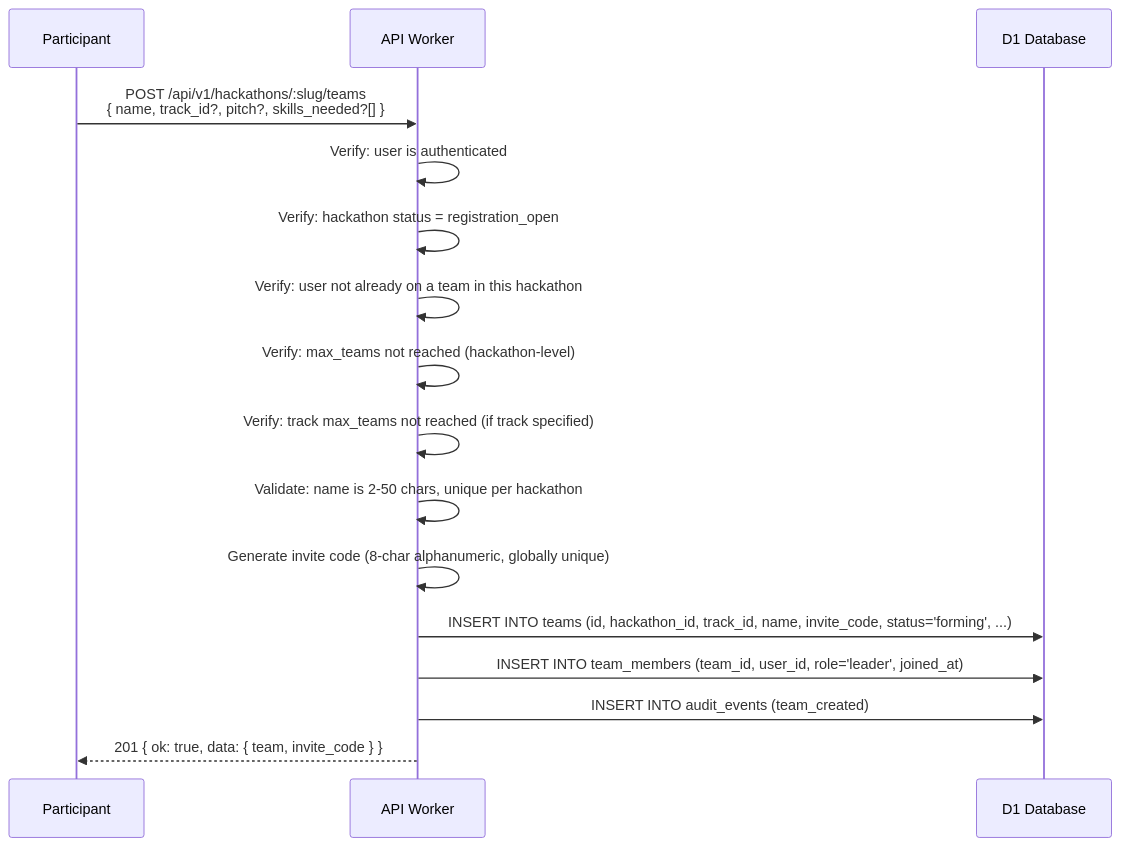
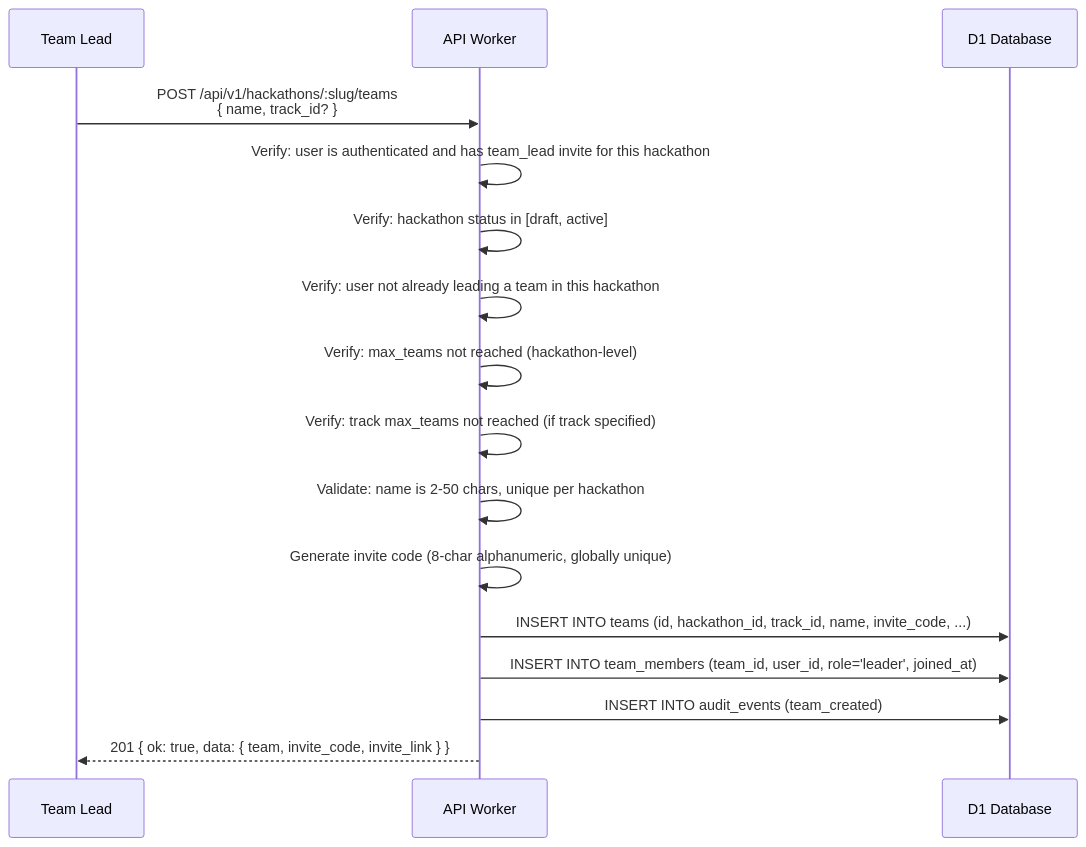
Before and after one commit to devangshupandey2025-stack/DevSage: the second of 11 diagrams in docs/v3/planned/team-management.md, drawn with Mermaid. The commit also changed other lines of this file, not shown here.

First line of the commit message:
docs(teams): switch to invite-only model, remove discovery and skills

````diff
--- a/docs/v3/planned/team-management.md
+++ b/docs/v3/planned/team-management.md
@@ -73,20 +67,20 @@
 ```mermaid
 sequenceDiagram
-    participant U as Participant
+    participant U as Team Lead
     participant W as API Worker
     participant D1 as D1 Database
 
-    U->>W: POST /api/v1/hackathons/:slug/teams<br/>{ name, track_id?, pitch?, skills_needed?[] }
-    W->>W: Verify: user is authenticated
-    W->>W: Verify: hackathon status = registration_open
-    W->>W: Verify: user not already on a team in this hackathon
+    U->>W: POST /api/v1/hackathons/:slug/teams<br/>{ name, track_id? }
+    W->>W: Verify: user is authenticated and has team_lead invite for this hackathon
+    W->>W: Verify: hackathon status in [draft, active]
+    W->>W: Verify: user not already leading a team in this hackathon
     W->>W: Verify: max_teams not reached (hackathon-level)
     W->>W: Verify: track max_teams not reached (if track specified)
     W->>W: Validate: name is 2-50 chars, unique per hackathon
 
     W->>W: Generate invite code (8-char alphanumeric, globally unique)
-    W->>D1: INSERT INTO teams (id, hackathon_id, track_id, name, invite_code, status='forming', ...)
+    W->>D1: INSERT INTO teams (id, hackathon_id, track_id, name, invite_code, ...)
     W->>D1: INSERT INTO team_members (team_id, user_id, role='leader', joined_at)
     W->>D1: INSERT INTO audit_events (team_created)
-    W-->>U: 201 { ok: true, data: { team, invite_code } }
+    W-->>U: 201 { ok: true, data: { team, invite_code, invite_link } }
 ```
````
